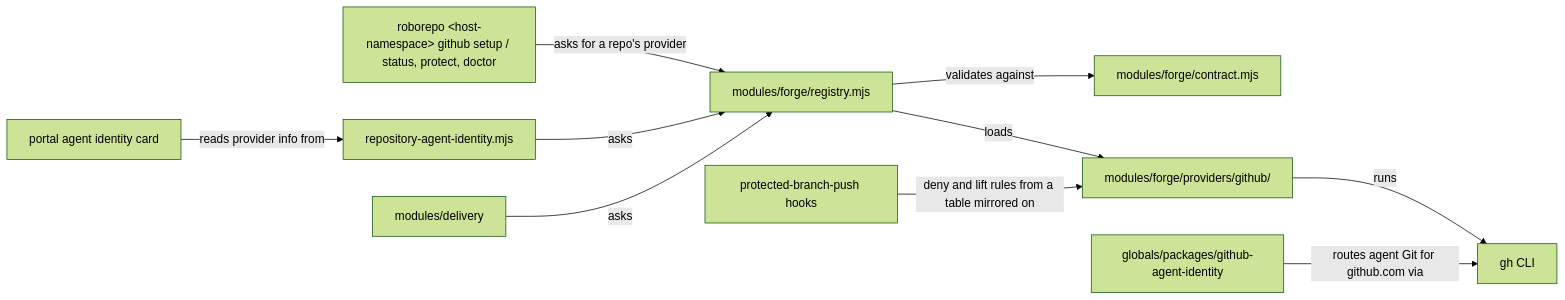
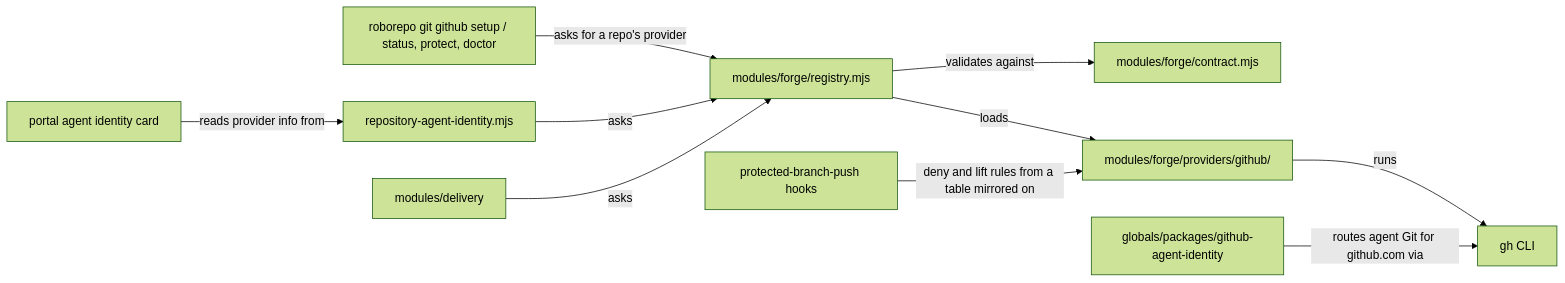
The first of 2 diagrams in plans/backlog/git-forge-providers.md (kirinmurphy/roborepo-alpha), drawn with Mermaid (forest theme) before and after one commit. The commit also changed other lines of this file, not shown here.

Commit message:
Update plan git-forge-providers

````diff
--- a/plans/backlog/git-forge-providers.md
+++ b/plans/backlog/git-forge-providers.md
@@ -112,12 +112,12 @@
 ```mermaid
 flowchart LR
-  CLI["roborepo &lt;host-namespace&gt; github setup / status, protect, doctor"] -->|asks for a repo's provider| R["modules/forge/registry.mjs"]
+  CLI["roborepo git github setup / status, protect, doctor"] -->|asks for a repo's provider| R["modules/forge/registry.mjs"]
   Portal["portal agent identity card"] -->|reads provider info from| Server["repository-agent-identity.mjs"]
   Server -->|asks| R
   Delivery["modules/delivery"] -->|asks| R
   R -->|validates against| C["modules/forge/contract.mjs"]
   R -->|loads| GH["modules/forge/providers/github/"]
   GH -->|runs| gh["gh CLI"]
   Pkg["globals/packages/github-agent-identity"] -->|routes agent Git for github.com via| gh
   Hooks["protected-branch-push hooks"] -->|deny and lift rules from a table mirrored on| GH
 ```
````
